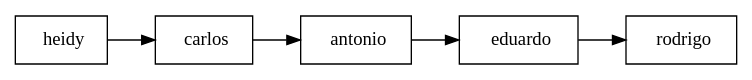
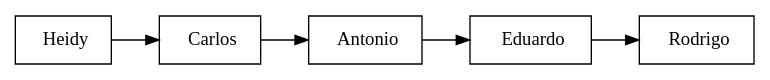
Before and after one commit to OmarLetona14/EDD_1S2020_PY1_201700377: the diagram in JugadoresPreOrden.dot, drawn with Graphviz. The commit also changed 7 other files, not shown here.

```diff
--- a/JugadoresPreOrden.dot
+++ b/JugadoresPreOrden.dot
@@ -1,4 +1,4 @@
 digraph { 
  rankdir=LR 
 node [shape = record] 
- "  heidy " -> "  carlos " -> "  antonio " -> "  eduardo " -> "  rodrigo " }
+ "  Heidy " -> "  Carlos " -> "  Antonio " -> "  Eduardo " -> "  Rodrigo " }
```
